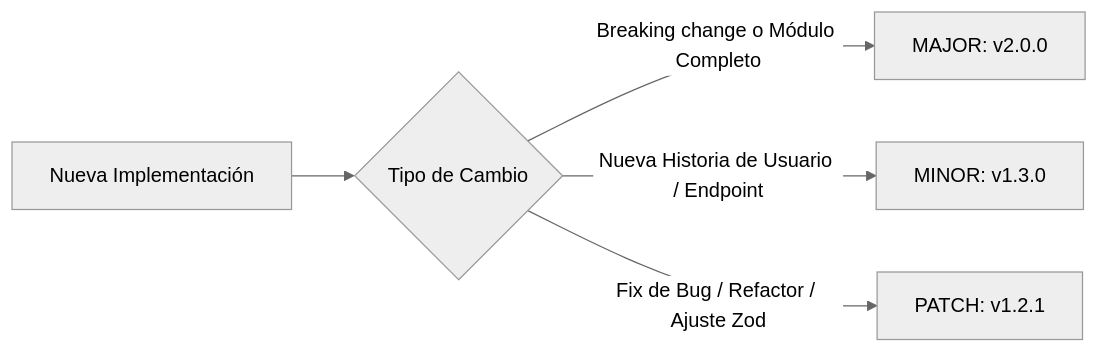
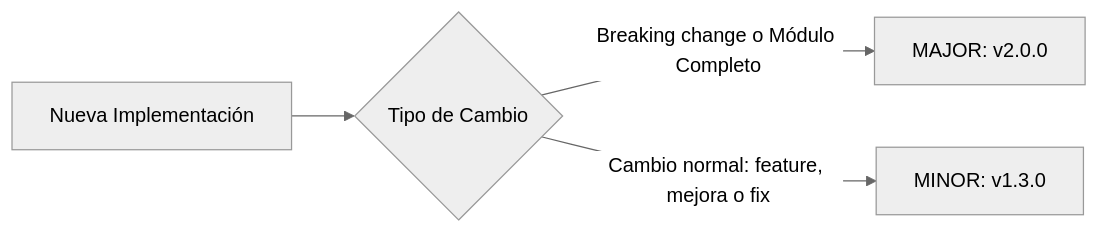
The diagram in docs/00_SISTEMA/02_GUIAS_Y_ESTANDARES/GUIA_VERSIONADO_Y_WALKTHROUGHS.md (pintuclic/pintuclic), drawn with Mermaid (neutral theme) before and after one commit. The commit also changed other lines of this file and 4 other files, not shown here.

````diff
--- a/docs/00_SISTEMA/02_GUIAS_Y_ESTANDARES/GUIA_VERSIONADO_Y_WALKTHROUGHS.md
+++ b/docs/00_SISTEMA/02_GUIAS_Y_ESTANDARES/GUIA_VERSIONADO_Y_WALKTHROUGHS.md
@@ -23,7 +23,6 @@
 ```mermaid
 graph LR
     A[Nueva Implementación] --> B{Tipo de Cambio}
     B -->|Breaking change o Módulo Completo| C[MAJOR: v2.0.0]
-    B -->|Nueva Historia de Usuario / Endpoint| D[MINOR: v1.3.0]
-    B -->|Fix de Bug / Refactor / Ajuste Zod| E[PATCH: v1.2.1]
+    B -->|Cambio normal: feature, mejora o fix| D[MINOR: v1.3.0]
 ```
````
